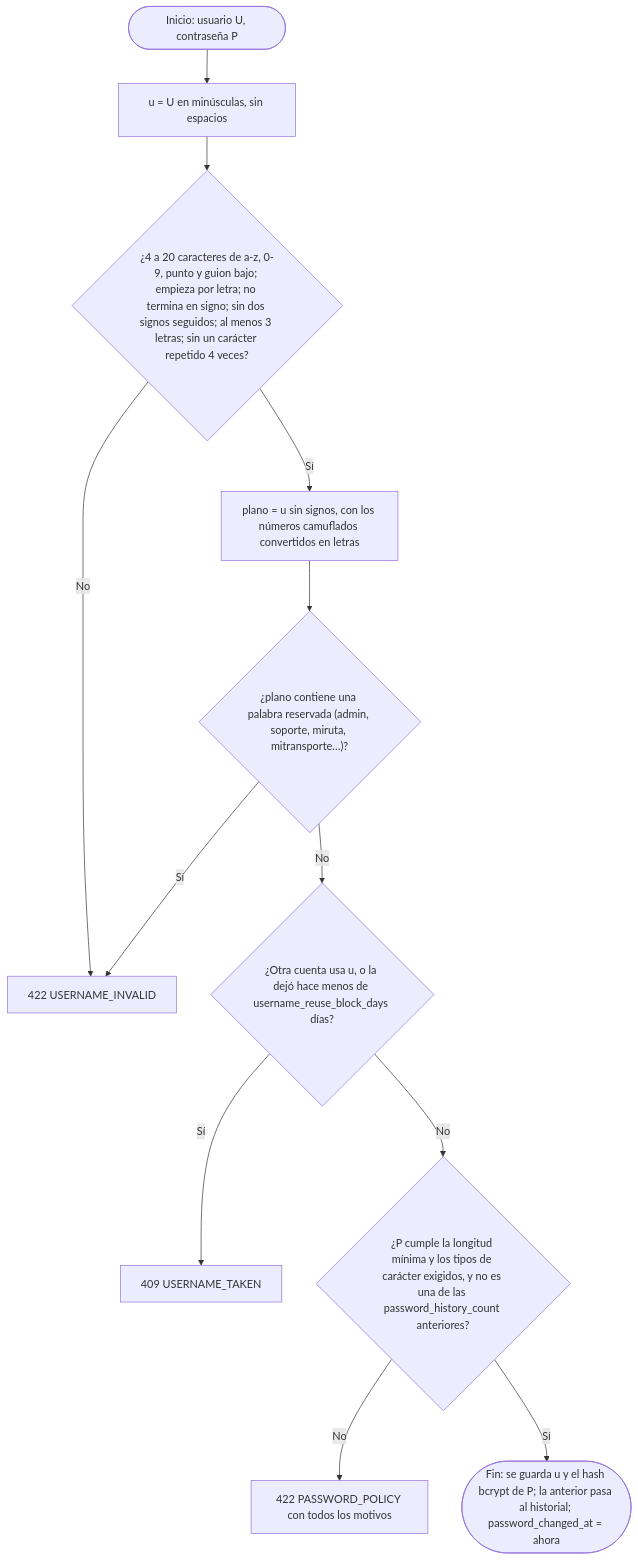
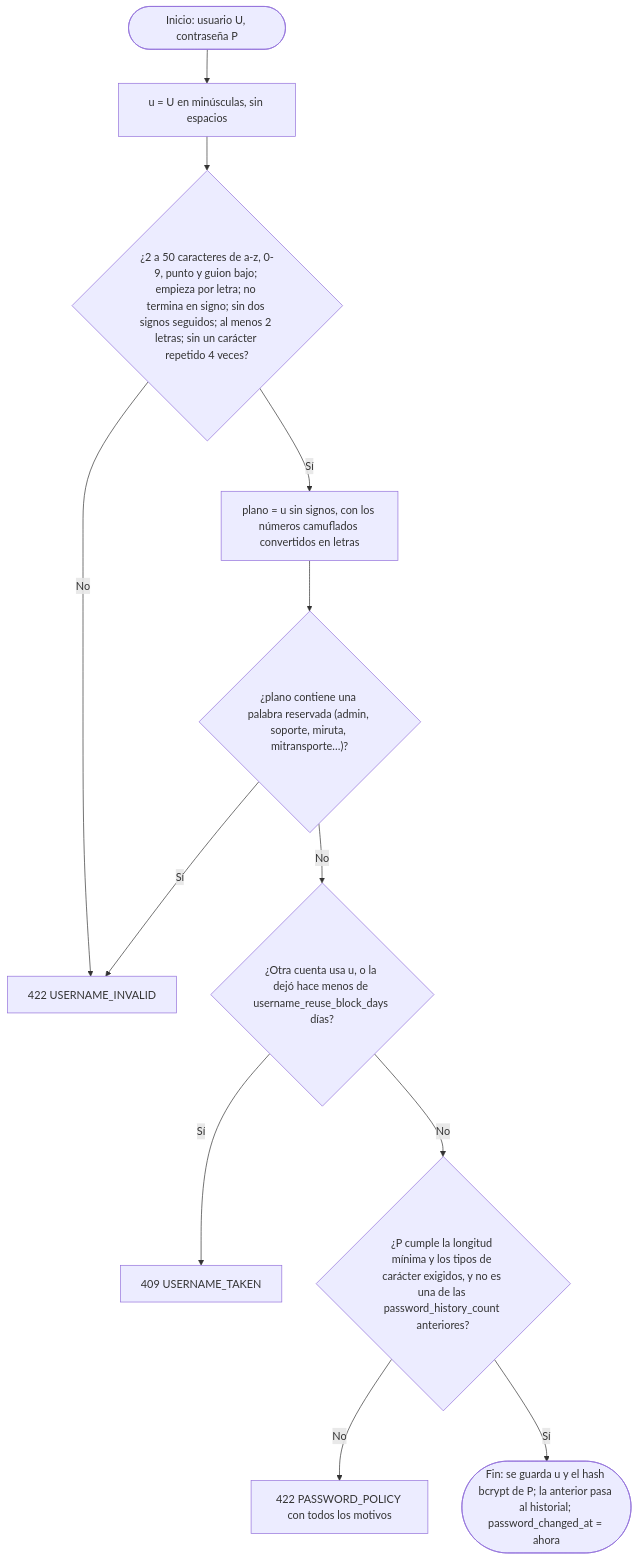
The first of 37 diagrams in docs/07-algoritmos.md (maicolalmaralestamayo/MiRuta), drawn with Mermaid before and after one commit. The commit also changed other lines of this file and 37 other files, not shown here.

````diff
--- a/docs/07-algoritmos.md
+++ b/docs/07-algoritmos.md
@@ -49,14 +51,14 @@
 ```mermaid
 flowchart TD
     A(["Inicio: usuario U, contraseña P"]) --> B["u = U en minúsculas, sin espacios"]
-    B --> C{"¿4 a 20 caracteres de a-z, 0-9, punto y guion bajo; empieza por letra; no termina en signo; sin dos signos seguidos; al menos 3 letras; sin un carácter repetido 4 veces?"}
+    B --> C{"¿2 a 50 caracteres de a-z, 0-9, punto y guion bajo; empieza por letra; no termina en signo; sin dos signos seguidos; al menos 2 letras; sin un carácter repetido 4 veces?"}
     C -->|No| X1["422 USERNAME_INVALID"]
     C -->|Sí| D["plano = u sin signos, con los números camuflados convertidos en letras"]
     D --> E{"¿plano contiene una palabra reservada (admin, soporte, miruta, mitransporte…)?"}
     E -->|Sí| X1
     E -->|No| G{"¿Otra cuenta usa u, o la dejó hace menos de username_reuse_block_days días?"}
     G -->|Sí| X2["409 USERNAME_TAKEN"]
     G -->|No| H{"¿P cumple la longitud mínima y los tipos de carácter exigidos, y no es una de las password_history_count anteriores?"}
     H -->|No| X3["422 PASSWORD_POLICY con todos los motivos"]
     H -->|Sí| Z(["Fin: se guarda u y el hash bcrypt de P; la anterior pasa al historial; password_changed_at = ahora"])
 ```
````
